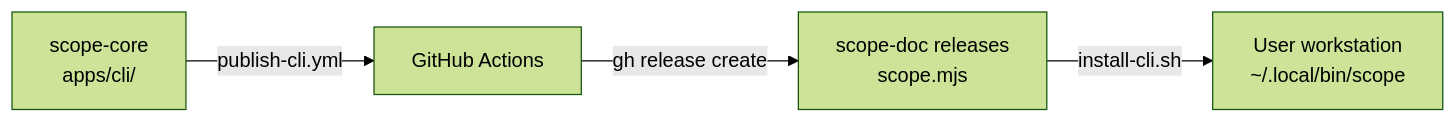
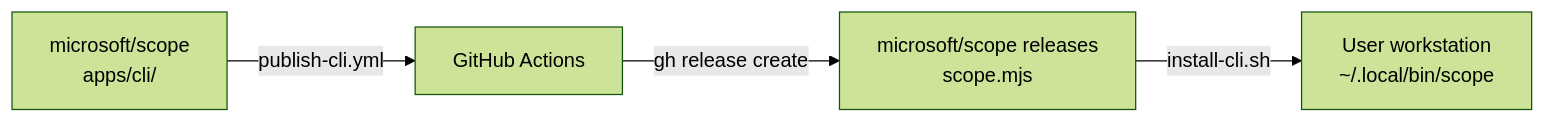
One commit to microsoft/scope changed the diagram in docs/architecture/cli-distribution.md. Above: the diagram before and after it, drawn with Mermaid (forest theme). The commit also changed other lines of this file and 11 other files, not shown here.

First line of the commit message:
fix(cli): migrate installer and releases to microsoft/scope

````diff
--- a/docs/architecture/cli-distribution.md
+++ b/docs/architecture/cli-distribution.md
@@ -9,6 +12,6 @@
 ```mermaid
 flowchart LR
-    A[scope-core<br/>apps/cli/] -->|publish-cli.yml| B[GitHub Actions]
-    B -->|gh release create| C[scope-doc releases<br/>scope.mjs]
+    A[microsoft/scope<br/>apps/cli/] -->|publish-cli.yml| B[GitHub Actions]
+    B -->|gh release create| C[microsoft/scope releases<br/>scope.mjs]
     C -->|install-cli.sh| D[User workstation<br/>~/.local/bin/scope]
 ```
````
